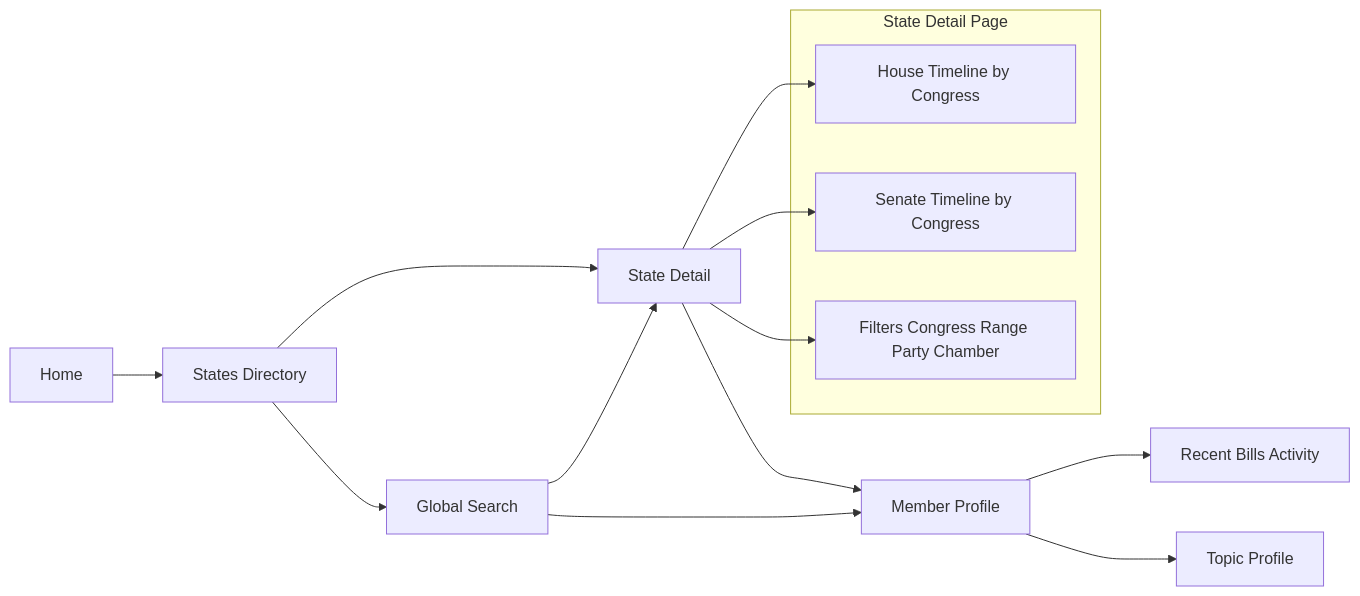
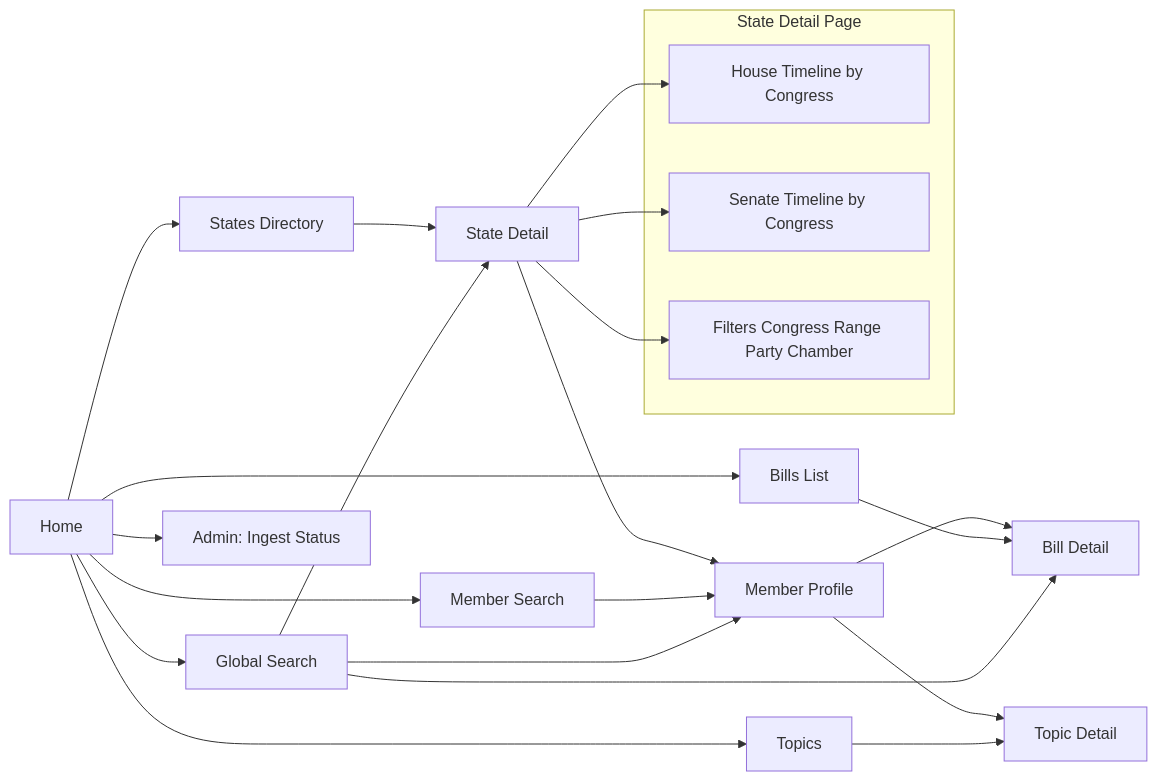
One commit to hbeychaner/usa-congress-monitor changed the diagram in frontend/diagrams/navigation-flow.mmd. Above: the diagram before and after it, drawn with Mermaid. The commit also changed 14 other files, not shown here.

First line of the commit message:
Holistic architecture review: cleanup dead code/deps/scripts, fix stale diagrams and docs

```diff
--- a/frontend/diagrams/navigation-flow.mmd
+++ b/frontend/diagrams/navigation-flow.mmd
@@ -1,19 +1,30 @@
 flowchart LR
     A[Home] --> B[States Directory]
+    A --> M[Member Search]
+    A --> BI[Bills List]
+    A --> T[Topics]
+    A --> G[Global Search]
+    A --> AD[Admin: Ingest Status]
+
     B --> C[State Detail]
     C --> D[Member Profile]
-    D --> E[Recent Bills Activity]
-    D --> F[Topic Profile]
-    B --> G[Global Search]
+    M --> D
+    D --> BI2[Bill Detail]
+    D --> T2[Topic Detail]
+
+    BI --> BI2
+    T --> T2
+
     G --> C
     G --> D
+    G --> BI2
 
-    subgraph State Detail Page
+    subgraph StateDetail["State Detail Page"]
       C1[House Timeline by Congress]
       C2[Senate Timeline by Congress]
       C3[Filters Congress Range Party Chamber]
     end
 
     C --> C1
     C --> C2
     C --> C3
```
